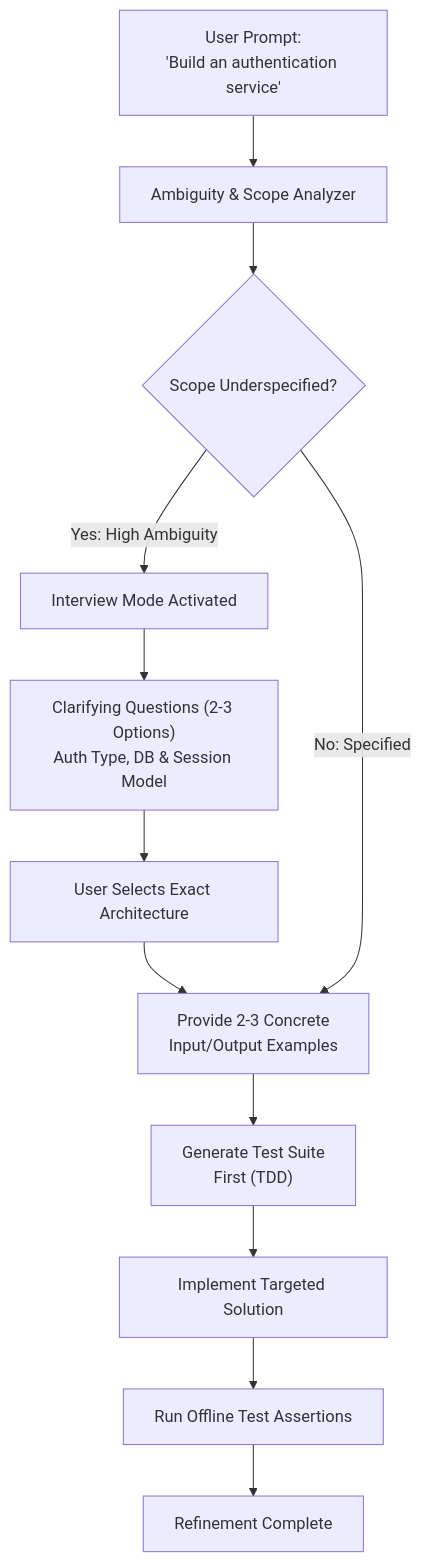
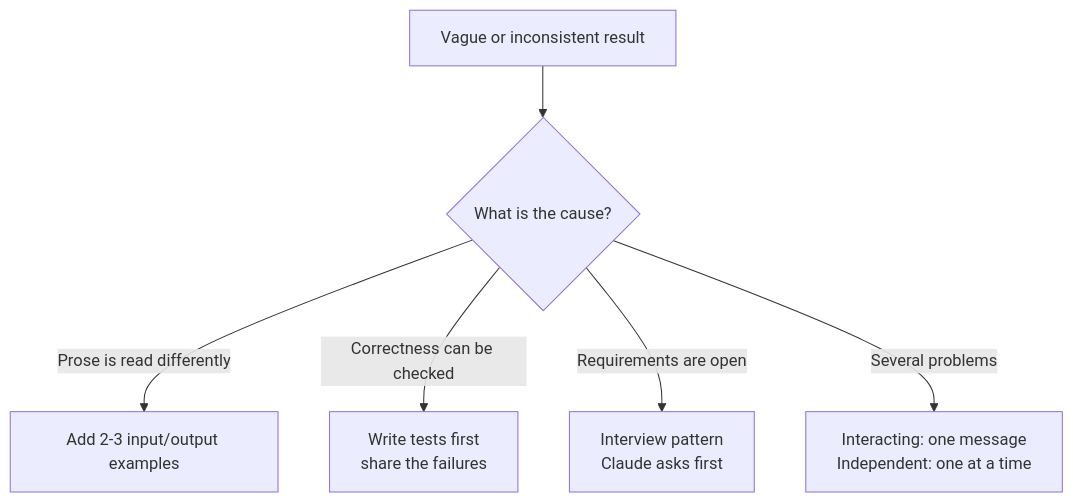
One commit to dip4k/claude_cert_architect_foundation_prep changed the diagram in domain3/ts_3_5_iterative_refinement_interview/README.md. Above: the diagram before and after it, drawn with Mermaid. The commit also changed other lines of this file and 133 other files, not shown here.

First line of the commit message:
Fix exam facts, enhance domain 1-5 and scenario study material, add offline tests

````diff
--- a/domain3/ts_3_5_iterative_refinement_interview/README.md
+++ b/domain3/ts_3_5_iterative_refinement_interview/README.md
@@ -72,18 +50,8 @@
 ```mermaid
 flowchart TD
-    UserReq["User Prompt:<br>'Build an authentication service'"] --> Analyzer["Ambiguity & Scope Analyzer"]
-    
-    Analyzer --> AmbiguityCheck{"Scope Underspecified?"}
-    
-    AmbiguityCheck -->|"Yes: High Ambiguity"| Interview["Interview Mode Activated"]
-    Interview --> Ask["Clarifying Questions (2-3 Options)<br>Auth Type, DB & Session Model"]
-    Ask --> UserFeedback["User Selects Exact Architecture"]
-    
-    UserFeedback --> ConcreteIO["Provide 2-3 Concrete<br>Input/Output Examples"]
-    AmbiguityCheck -->|"No: Specified"| ConcreteIO
-    
-    ConcreteIO --> TestCases["Generate Test Suite<br>First (TDD)"]
-    TestCases --> CodeGen["Implement Targeted Solution"]
-    CodeGen --> Verification["Run Offline Test Assertions"]
-    Verification --> Success["Refinement Complete"]
+    Start["Vague or inconsistent result"] --> Pick{"What is the cause?"}
+    Pick -->|"Prose is read differently"| Ex["Add 2-3 input/output examples"]
+    Pick -->|"Correctness can be checked"| Test["Write tests first<br>share the failures"]
+    Pick -->|"Requirements are open"| Int["Interview pattern<br>Claude asks first"]
+    Pick -->|"Several problems"| Batch["Interacting: one message<br>Independent: one at a time"]
 ```
````
